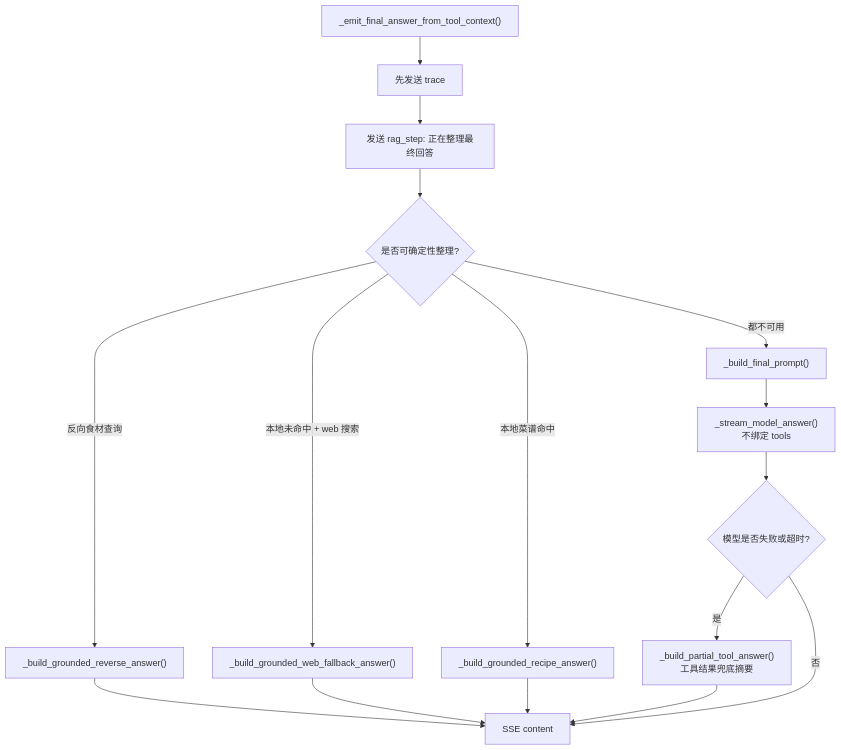
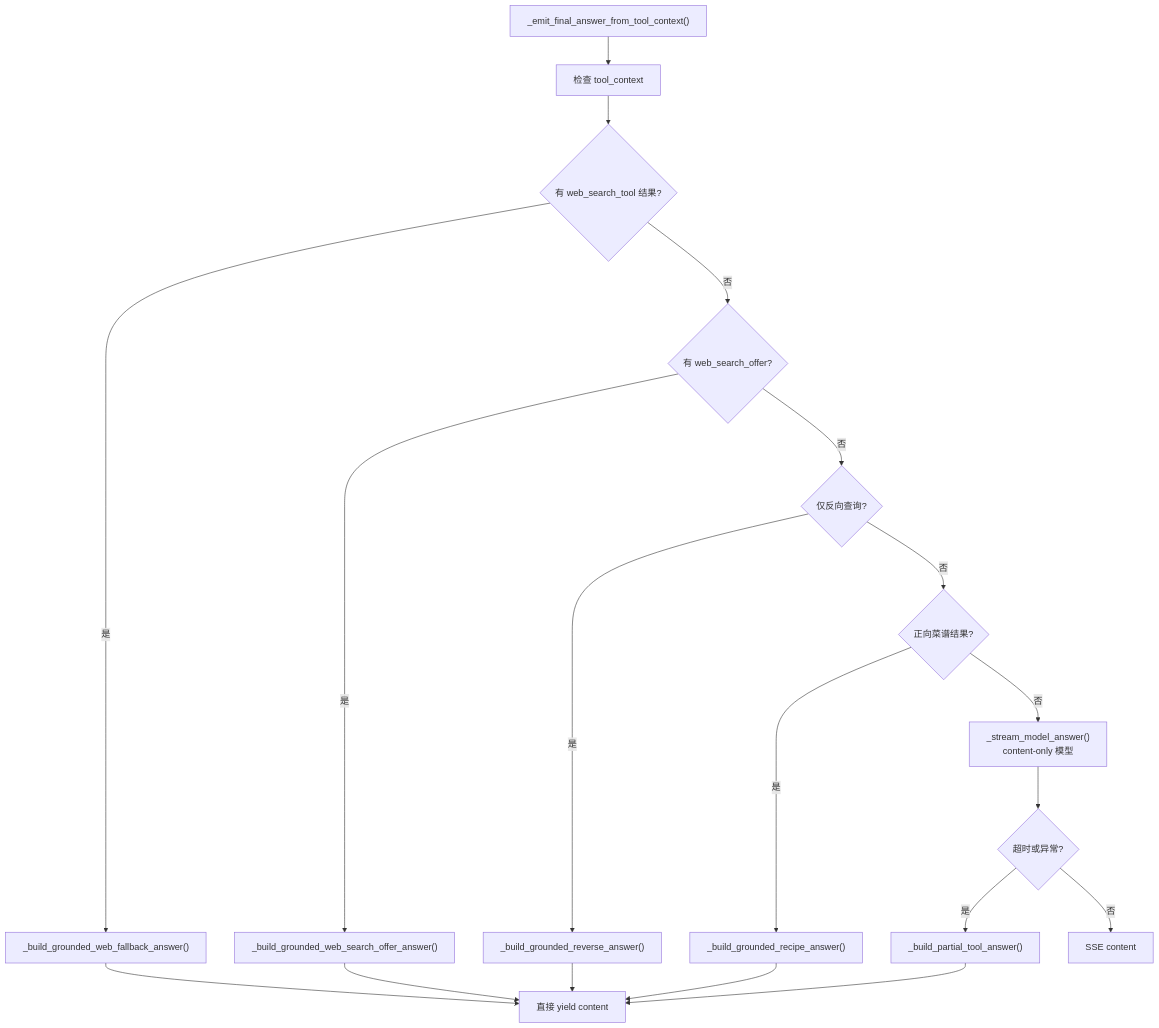
One commit to QDcvd/CookGraph changed the sixth of 7 diagrams in doc/USER_MESSAGE_CALL_CHAIN.md. Above: the diagram before and after it, drawn with Mermaid. The commit also changed other lines of this file and 21 other files, not shown here.

````diff
--- a/doc/USER_MESSAGE_CALL_CHAIN.md
+++ b/doc/USER_MESSAGE_CALL_CHAIN.md
@@ -297,18 +262,26 @@
 ```mermaid
 flowchart TD
-    A["_emit_final_answer_from_tool_context()"] --> B["先发送 trace"]
-    B --> C["发送 rag_step: 正在整理最终回答"]
-    C --> D{"是否可确定性整理?"}
-    D -->|反向食材查询| E["_build_grounded_reverse_answer()"]
-    D -->|本地未命中 + web 搜索| F["_build_grounded_web_fallback_answer()"]
-    D -->|本地菜谱命中| G["_build_grounded_recipe_answer()"]
-    D -->|都不可用| H["_build_final_prompt()"]
-    H --> I["_stream_model_answer()<br/>不绑定 tools"]
-    I --> J{"模型是否失败或超时?"}
-    J -->|是| K["_build_partial_tool_answer()<br/>工具结果兜底摘要"]
-    J -->|否| L["SSE content"]
-    E --> L
-    F --> L
-    G --> L
-    K --> L
+    A["_emit_final_answer_from_tool_context()"] --> B["检查 tool_context"]
+
+    B --> C{"有 web_search_tool 结果?"}
+    C -->|是| D["_build_grounded_web_fallback_answer()"]
+    D --> E["直接 yield content"]
+
+    C -->|否| F{"有 web_search_offer?"}
+    F -->|是| G["_build_grounded_web_search_offer_answer()"]
+    G --> E
+
+    F -->|否| H{"仅反向查询?"}
+    H -->|是| I["_build_grounded_reverse_answer()"]
+    I --> E
+
+    H -->|否| J{"正向菜谱结果?"}
+    J -->|是| K["_build_grounded_recipe_answer()"]
+    K --> E
+
+    J -->|否| L["_stream_model_answer()<br/>content-only 模型"]
+    L --> M{"超时或异常?"}
+    M -->|是| N["_build_partial_tool_answer()"]
+    N --> E
+    M -->|否| O["SSE content"]
 ```
````
